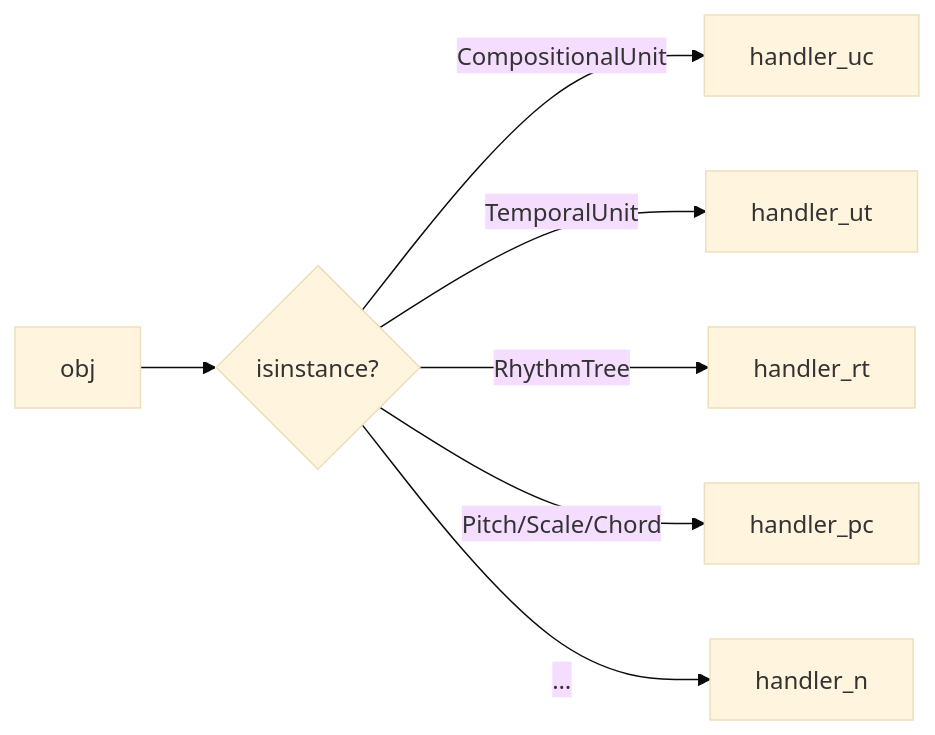
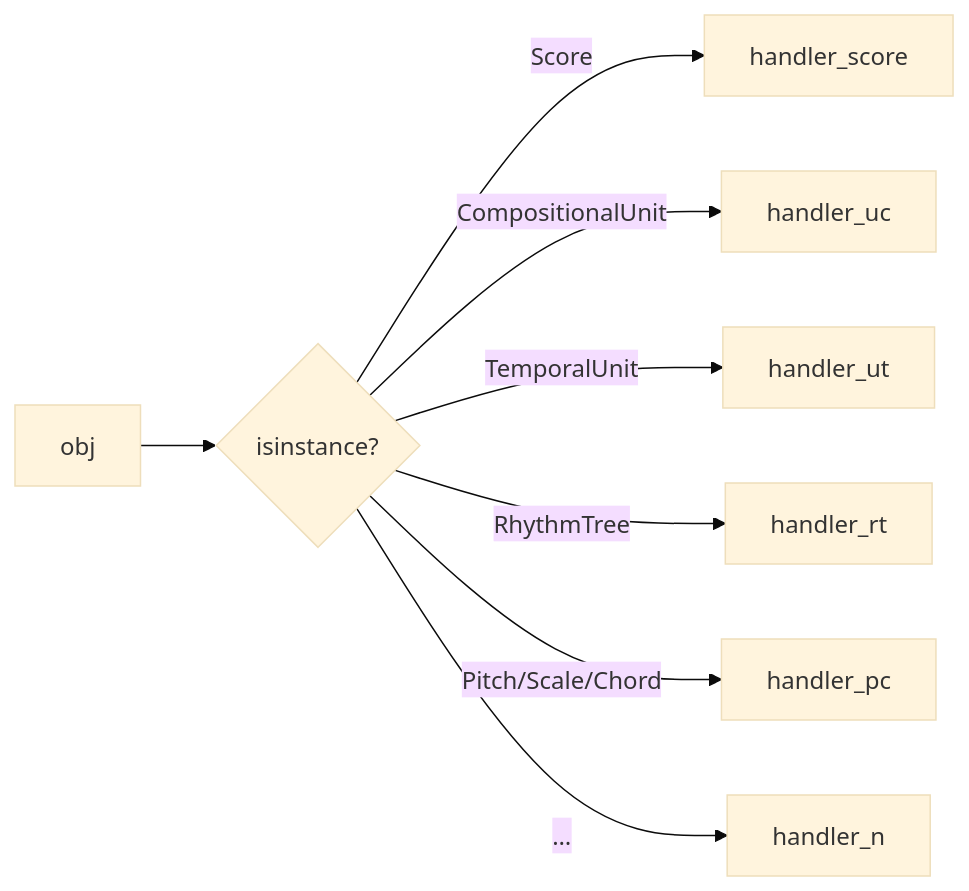
One commit to kr4g/Klotho changed the third of 7 diagrams in docs/architecture/08_DESIGN_PATTERNS.md. Above: the diagram before and after it, drawn with Mermaid (base theme). The commit also changed other lines of this file and 13 other files, not shown here.

First line of the commit message:
Overhaul architecture docs for Klotho 10.x API

````diff
--- a/docs/architecture/08_DESIGN_PATTERNS.md
+++ b/docs/architecture/08_DESIGN_PATTERNS.md
@@ -180,9 +189,10 @@
 ```mermaid
 flowchart LR
     INPUT["obj"] --> CHECK{"isinstance?"}
+    CHECK -->|Score| H0["handler_score"]
     CHECK -->|CompositionalUnit| H1["handler_uc"]
     CHECK -->|TemporalUnit| H2["handler_ut"]
     CHECK -->|RhythmTree| H3["handler_rt"]
     CHECK -->|Pitch/Scale/Chord| H4["handler_pc"]
     CHECK -->|"…"| HN["handler_n"]
 ```
````
